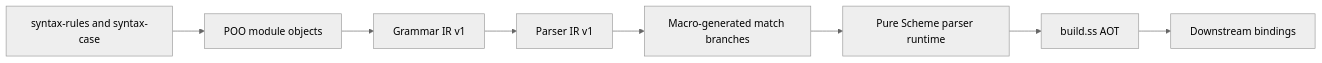
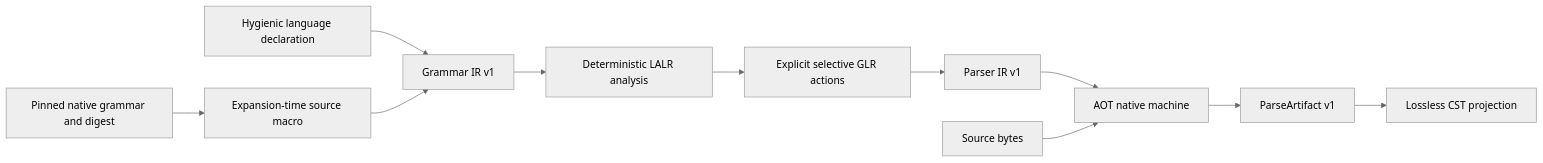
Before and after one commit to tao3k/gerbil-parser: the diagram in docs/architecture/0001-parser-compiler.org, drawn with Mermaid (neutral theme). The commit also changed other lines of this file and 32 other files, not shown here.

```diff
--- a/docs/architecture/0001-parser-compiler.org
+++ b/docs/architecture/0001-parser-compiler.org
@@ -10,10 +18,13 @@
 #+begin_src mermaid
 flowchart LR
-  S[syntax-rules and syntax-case] --> O[POO module objects]
-  O --> G[Grammar IR v1]
-  G --> P[Parser IR v1]
-  P --> M[Macro-generated match branches]
-  M --> R[Pure Scheme parser runtime]
-  R --> A[build.ss AOT]
-  A --> D[Downstream bindings]
+  D[Hygienic language declaration] --> G[Grammar IR v1]
+  S[Pinned native grammar and digest] --> X[Expansion-time source macro]
+  X --> G
+  G --> L[Deterministic LALR analysis]
+  L --> F[Explicit selective GLR actions]
+  F --> I[Parser IR v1]
+  I --> A[AOT native machine]
+  B[Source bytes] --> A
+  A --> P[ParseArtifact v1]
+  P --> C[Lossless CST projection]
 #+end_src
```
